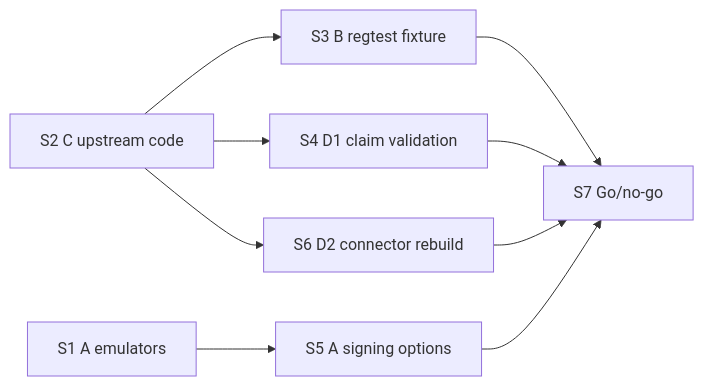
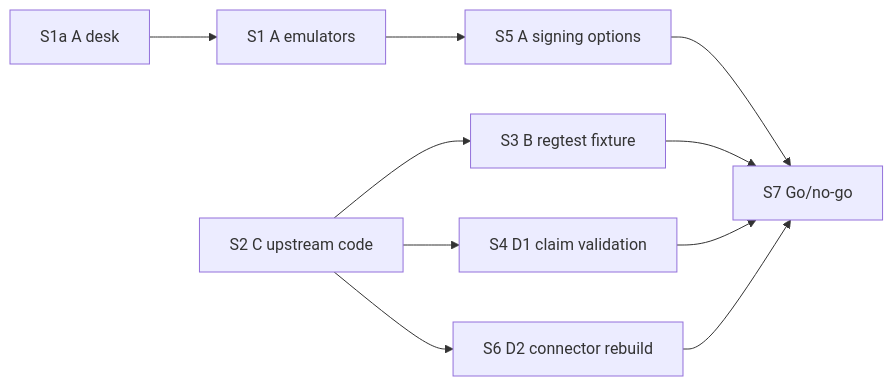
One commit to wakeuplabs-io/alpen-multisig changed the diagram in docs/2-discovery/21-block-payouts-spike-plan.md. Above: the diagram before and after it, drawn with Mermaid. The commit also changed other lines of this file and 4 other files, not shown here.

First line of the commit message:
docs: record AdminBurn hardware signing desk research

````diff
--- a/docs/2-discovery/21-block-payouts-spike-plan.md
+++ b/docs/2-discovery/21-block-payouts-spike-plan.md
@@ -119,11 +122,12 @@
 ```mermaid
 flowchart LR
-  S1[S1 A emulators] --> S5[S5 A signing options]
+  S1a[S1a A desk] --> S1[S1 A emulators]
+  S1 --> S5[S5 A signing options]
   S2[S2 C upstream code] --> S3[S3 B regtest fixture]
   S2 --> S4[S4 D1 claim validation]
   S2 --> S6[S6 D2 connector rebuild]
   S3 --> S7[S7 Go/no-go]
   S4 --> S7
   S5 --> S7
   S6 --> S7
 ```
````
